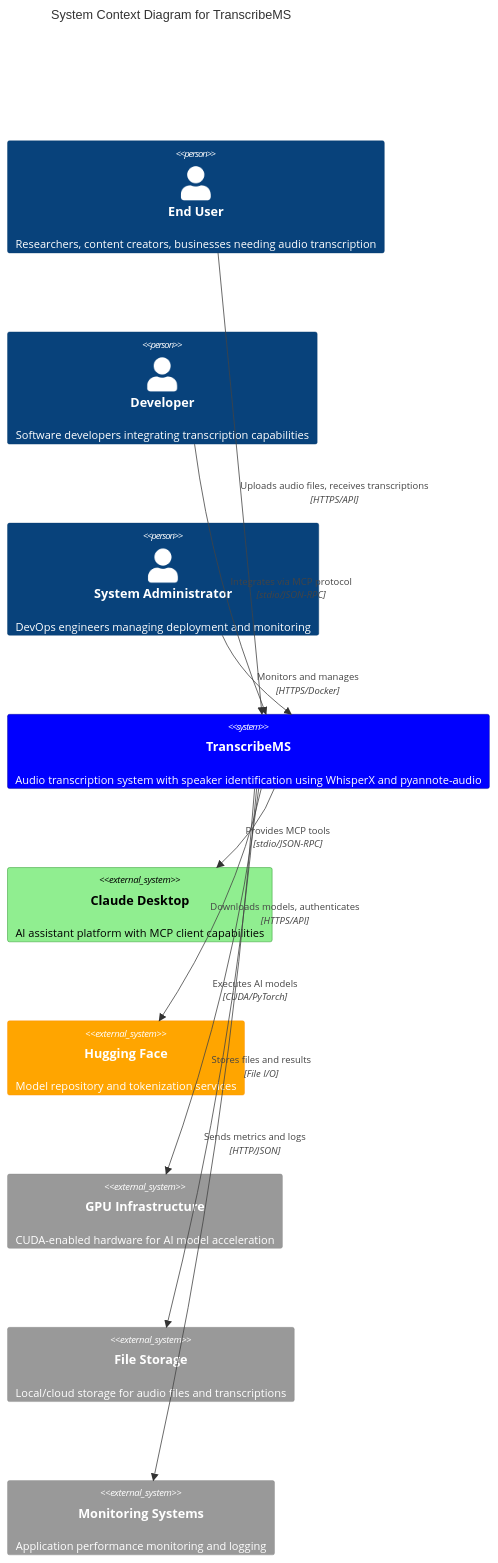
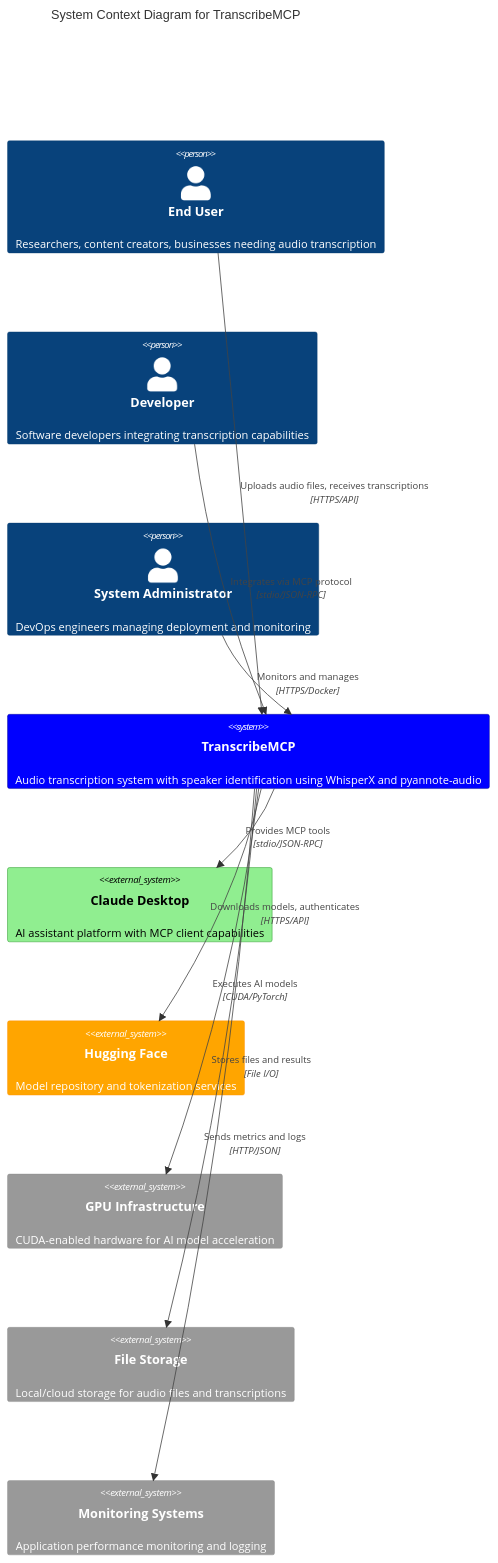
The first of 8 diagrams in docs/architecture/C4_ARCHITECTURE_DOCUMENTATION.md (karlsoro/transcribems), drawn with Mermaid before and after one commit. The commit also changed other lines of this file and 236 other files, not shown here.

First line of the commit message:
🔄 Complete Project Rename: transcribems → transcribe_mcp

````diff
--- a/docs/architecture/C4_ARCHITECTURE_DOCUMENTATION.md
+++ b/docs/architecture/C4_ARCHITECTURE_DOCUMENTATION.md
@@ -20,30 +20,30 @@
 ```mermaid
 C4Context
-    title System Context Diagram for TranscribeMS
+    title System Context Diagram for TranscribeMCP
 
     Person(user, "End User", "Researchers, content creators, businesses needing audio transcription")
     Person(developer, "Developer", "Software developers integrating transcription capabilities")
     Person(admin, "System Administrator", "DevOps engineers managing deployment and monitoring")
 
-    System(transcribems, "TranscribeMS", "Audio transcription system with speaker identification using WhisperX and pyannote-audio")
+    System(transcribe_mcp, "TranscribeMCP", "Audio transcription system with speaker identification using WhisperX and pyannote-audio")
 
     System_Ext(claude_desktop, "Claude Desktop", "AI assistant platform with MCP client capabilities")
     System_Ext(huggingface, "Hugging Face", "Model repository and tokenization services")
     System_Ext(gpu_infrastructure, "GPU Infrastructure", "CUDA-enabled hardware for AI model acceleration")
     System_Ext(storage_systems, "File Storage", "Local/cloud storage for audio files and transcriptions")
     System_Ext(monitoring, "Monitoring Systems", "Application performance monitoring and logging")
 
-    Rel(user, transcribems, "Uploads audio files, receives transcriptions", "HTTPS/API")
-    Rel(developer, transcribems, "Integrates via MCP protocol", "stdio/JSON-RPC")
-    Rel(admin, transcribems, "Monitors and manages", "HTTPS/Docker")
+    Rel(user, transcribe_mcp, "Uploads audio files, receives transcriptions", "HTTPS/API")
+    Rel(developer, transcribe_mcp, "Integrates via MCP protocol", "stdio/JSON-RPC")
+    Rel(admin, transcribe_mcp, "Monitors and manages", "HTTPS/Docker")
 
-    Rel(transcribems, claude_desktop, "Provides MCP tools", "stdio/JSON-RPC")
-    Rel(transcribems, huggingface, "Downloads models, authenticates", "HTTPS/API")
-    Rel(transcribems, gpu_infrastructure, "Executes AI models", "CUDA/PyTorch")
-    Rel(transcribems, storage_systems, "Stores files and results", "File I/O")
-    Rel(transcribems, monitoring, "Sends metrics and logs", "HTTP/JSON")
+    Rel(transcribe_mcp, claude_desktop, "Provides MCP tools", "stdio/JSON-RPC")
+    Rel(transcribe_mcp, huggingface, "Downloads models, authenticates", "HTTPS/API")
+    Rel(transcribe_mcp, gpu_infrastructure, "Executes AI models", "CUDA/PyTorch")
+    Rel(transcribe_mcp, storage_systems, "Stores files and results", "File I/O")
+    Rel(transcribe_mcp, monitoring, "Sends metrics and logs", "HTTP/JSON")
 
-    UpdateElementStyle(transcribems, $fontColor="white", $bgColor="blue", $borderColor="navy")
+    UpdateElementStyle(transcribe_mcp, $fontColor="white", $bgColor="blue", $borderColor="navy")
     UpdateElementStyle(claude_desktop, $fontColor="black", $bgColor="lightgreen", $borderColor="green")
     UpdateElementStyle(huggingface, $fontColor="white", $bgColor="orange", $borderColor="darkorange")
 ```
````
